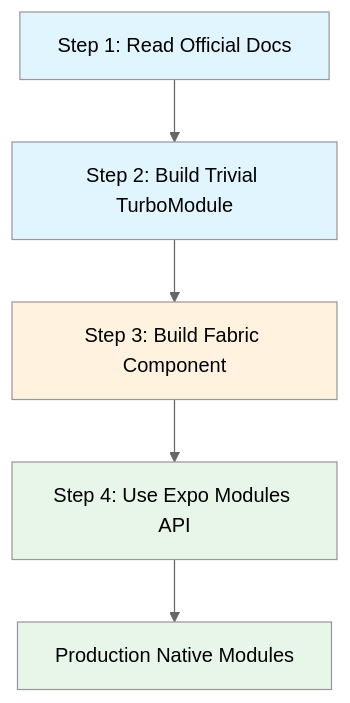
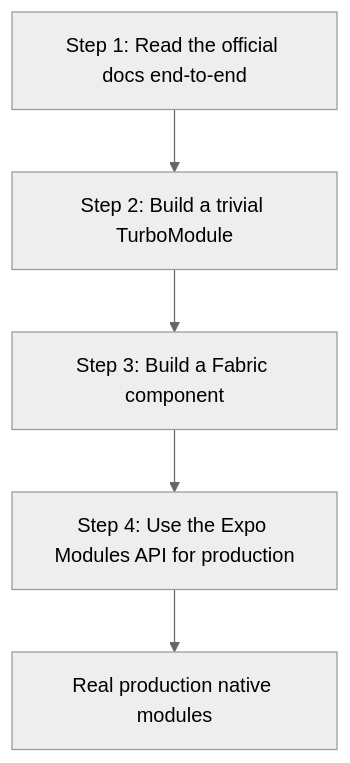
The seventh of 7 diagrams in arguments/chapters/rn-14-native-modules.md (BabaScience/react-guides), drawn with Mermaid (neutral theme) before and after one commit. The commit also changed other lines of this file and 63 other files, not shown here.

First line of the commit message:
Enrich React Native roadmap with deeper content, visuals, and FR/IT translations

````diff
--- a/arguments/chapters/rn-14-native-modules.md
+++ b/arguments/chapters/rn-14-native-modules.md
@@ -309,13 +435,7 @@
 ```mermaid
 graph TD
-    A[Step 1: Read Official Docs] --> B[Step 2: Build Trivial TurboModule]
-    B --> C[Step 3: Build Fabric Component]
-    C --> D[Step 4: Use Expo Modules API]
-    D --> E[Production Native Modules]
-
-    style A fill:#e1f5fe
-    style B fill:#e1f5fe
-    style C fill:#fff3e0
-    style D fill:#e8f5e9
-    style E fill:#e8f5e9
+    A[Step 1: Read the official docs end-to-end] --> B[Step 2: Build a trivial TurboModule]
+    B --> C[Step 3: Build a Fabric component]
+    C --> D[Step 4: Use the Expo Modules API for production]
+    D --> E[Real production native modules]
 ```
````
